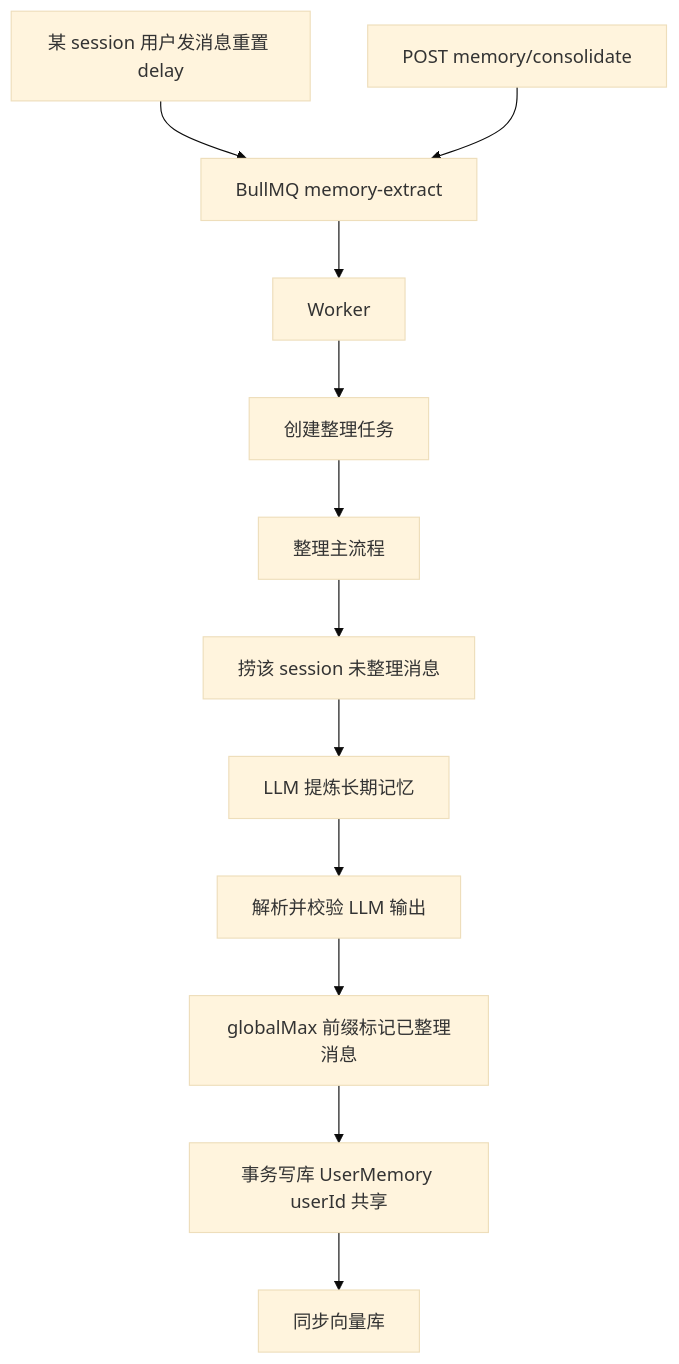
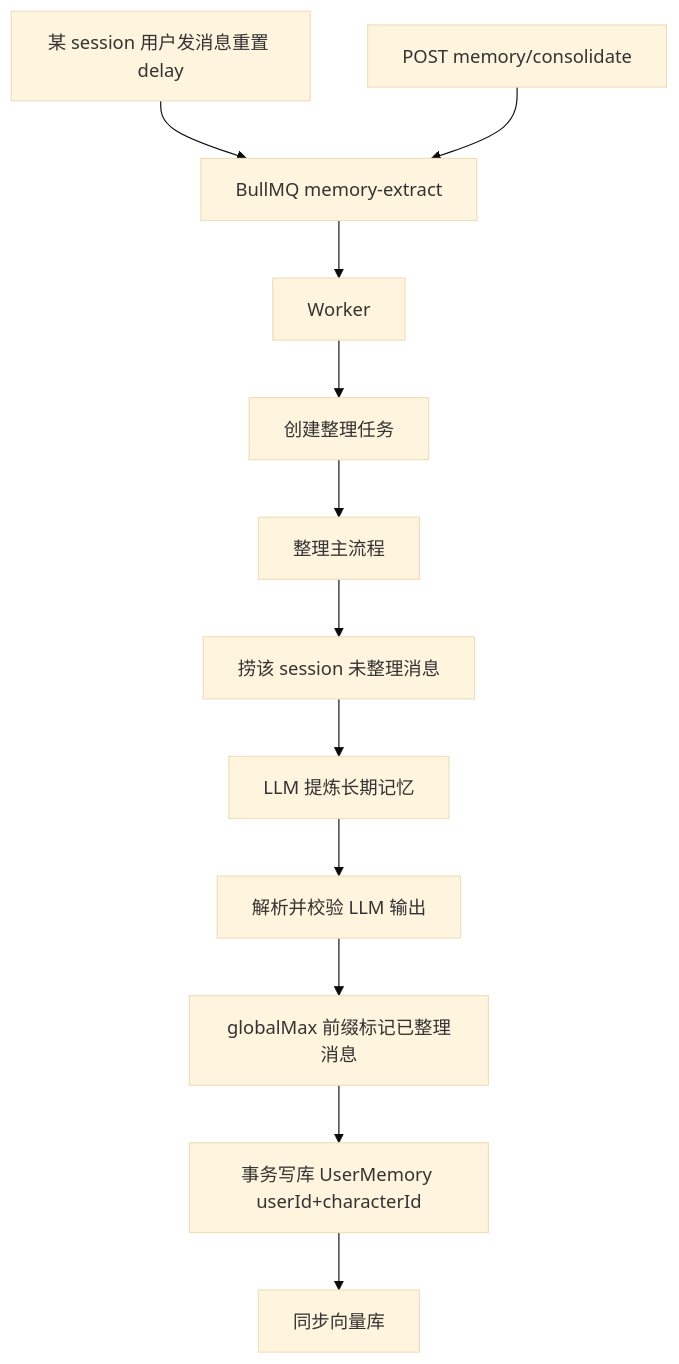
Before and after one commit to lilialab/lilia: the diagram in docs/memory/extract.md, drawn with Mermaid (base theme). The commit also changed other lines of this file and 24 other files, not shown here.

````diff
--- a/docs/memory/extract.md
+++ b/docs/memory/extract.md
@@ -5,14 +5,14 @@
 ```mermaid
 flowchart TD
   ChatIdle["某 session 用户发消息重置 delay"] --> Queue[BullMQ memory-extract]
   API["POST memory/consolidate"] --> Queue
   Queue --> Worker[Worker]
   Worker --> CreateJob[创建整理任务]
   CreateJob --> MainFlow[整理主流程]
   MainFlow --> BuildTranscript[捞该 session 未整理消息]
   BuildTranscript --> LlmExtract[LLM 提炼长期记忆]
   LlmExtract --> ParseValidate[解析并校验 LLM 输出]
   ParseValidate --> MarkMessages["globalMax 前缀标记已整理消息"]
-  MarkMessages --> Persist["事务写库 UserMemory userId 共享"]
+  MarkMessages --> Persist["事务写库 UserMemory userId+characterId"]
   Persist --> SyncVector[同步向量库]
 ```
````
